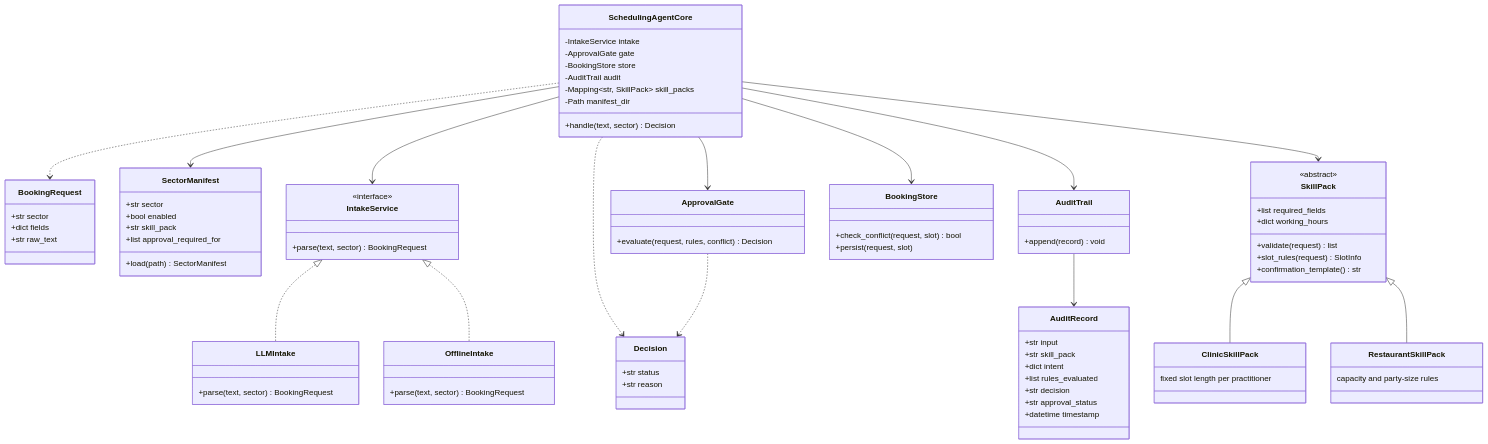
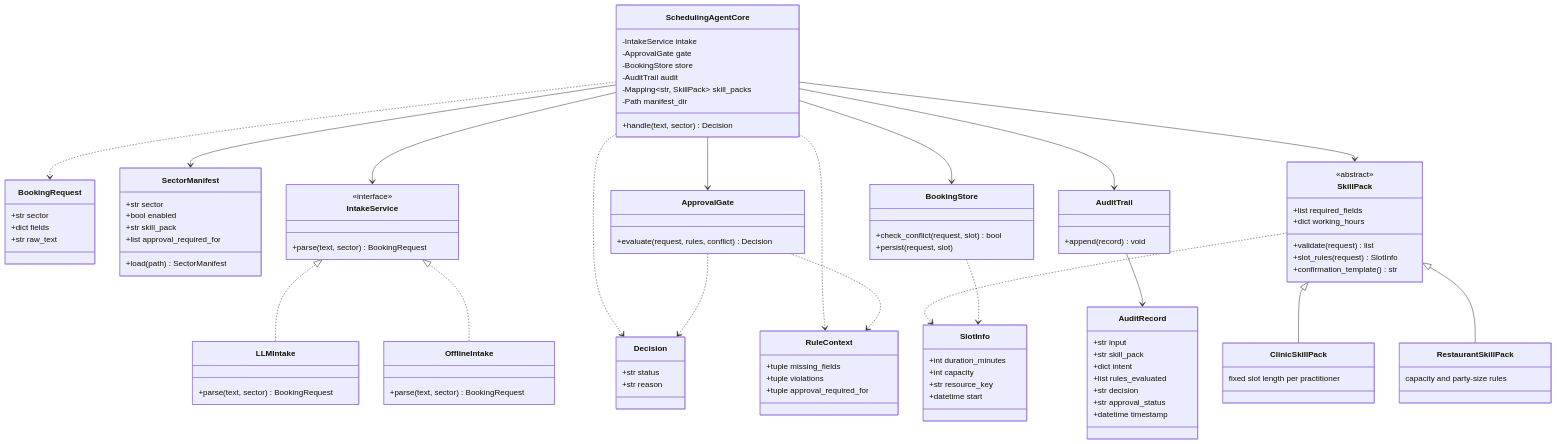
The diagram in diagrams/class-diagram.mmd (AhmedOmer013/eais-scheduling-agent), drawn with Mermaid before and after one commit. The commit also changed 6 other files, not shown here.

```diff
--- a/diagrams/class-diagram.mmd
+++ b/diagrams/class-diagram.mmd
@@ -1,84 +1,99 @@
 classDiagram
     class BookingRequest {
         +str sector
         +dict fields
         +str raw_text
     }
     class Decision {
         +str status
         +str reason
     }
     class AuditRecord {
         +str input
         +str skill_pack
         +dict intent
         +list rules_evaluated
         +str decision
         +str approval_status
         +datetime timestamp
     }
     class SectorManifest {
         +str sector
         +bool enabled
         +str skill_pack
         +list approval_required_for
         +load(path) SectorManifest
     }
     class SkillPack {
         <<abstract>>
         +list required_fields
         +dict working_hours
         +validate(request) list
         +slot_rules(request) SlotInfo
         +confirmation_template() str
+    }
+    class SlotInfo {
+        +int duration_minutes
+        +int capacity
+        +str resource_key
+        +datetime start
+    }
+    class RuleContext {
+        +tuple missing_fields
+        +tuple violations
+        +tuple approval_required_for
     }
     class ClinicSkillPack {
         fixed slot length per practitioner
     }
     class RestaurantSkillPack {
         capacity and party-size rules
     }
     class IntakeService {
         <<interface>>
         +parse(text, sector) BookingRequest
     }
     class LLMIntake {
         +parse(text, sector) BookingRequest
     }
     class OfflineIntake {
         +parse(text, sector) BookingRequest
     }
     class ApprovalGate {
         +evaluate(request, rules, conflict) Decision
     }
     class BookingStore {
         +check_conflict(request, slot) bool
         +persist(request, slot)
     }
     class AuditTrail {
         +append(record) void
     }
     class SchedulingAgentCore {
         -IntakeService intake
         -ApprovalGate gate
         -BookingStore store
         -AuditTrail audit
         -Mapping~str, SkillPack~ skill_packs
         -Path manifest_dir
         +handle(text, sector) Decision
     }
 
     SkillPack <|-- ClinicSkillPack
     SkillPack <|-- RestaurantSkillPack
     IntakeService <|.. LLMIntake
     IntakeService <|.. OfflineIntake
     SchedulingAgentCore --> IntakeService
     SchedulingAgentCore --> ApprovalGate
     SchedulingAgentCore --> BookingStore
     SchedulingAgentCore --> AuditTrail
     SchedulingAgentCore --> SectorManifest
     SchedulingAgentCore --> SkillPack
     SchedulingAgentCore ..> BookingRequest
     SchedulingAgentCore ..> Decision
     ApprovalGate ..> Decision
     AuditTrail --> AuditRecord
+    SkillPack ..> SlotInfo
+    BookingStore ..> SlotInfo
+    SchedulingAgentCore ..> RuleContext
+    ApprovalGate ..> RuleContext
```
